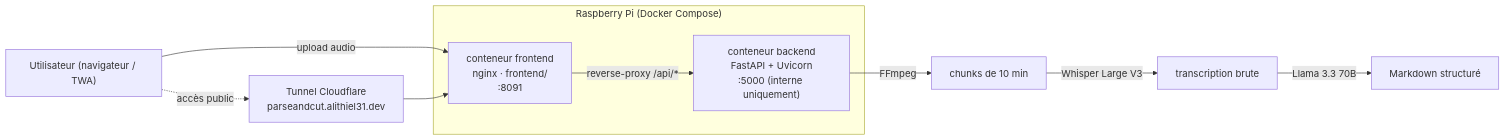
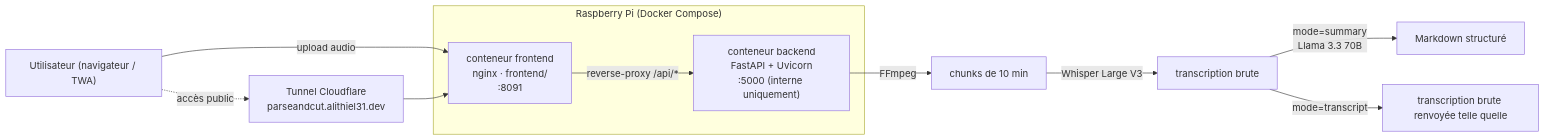
The diagram in README.fr.md (Alithiel31/ParseAndCutV2), drawn with Mermaid before and after one commit. The commit also changed other lines of this file and 2 other files, not shown here.

Commit message:
Documente l'option mode résumé/transcription (README, CHANGELOG)
Met à jour les deux README (features, diagramme d'architecture) et
ajoute une entrée CHANGELOG pour le paramètre mode ajouté sur
/process et /api/transcribe.

````diff
--- a/README.fr.md
+++ b/README.fr.md
@@ -64,17 +65,18 @@
 ```mermaid
 flowchart LR
     U["Utilisateur (navigateur / TWA)"] -->|upload audio| FE
 
     subgraph Pi["Raspberry Pi (Docker Compose)"]
         FE["conteneur frontend<br/>nginx · frontend/<br/>:8091"]
         BE["conteneur backend<br/>FastAPI + Uvicorn<br/>:5000 (interne uniquement)"]
         FE -->|reverse-proxy /api/*| BE
     end
 
     BE -->|FFmpeg| CHUNK["chunks de 10 min"]
     CHUNK -->|Whisper Large V3| TXT["transcription brute"]
-    TXT -->|Llama 3.3 70B| MD["Markdown structuré"]
+    TXT -->|"mode=summary"<br/>Llama 3.3 70B| MD["Markdown structuré"]
+    TXT -->|"mode=transcript"| RAW["transcription brute renvoyée telle quelle"]
 
     TUN["Tunnel Cloudflare<br/>parseandcut.alithiel31.dev"] --> FE
     U -.->|accès public| TUN
 ```
````
